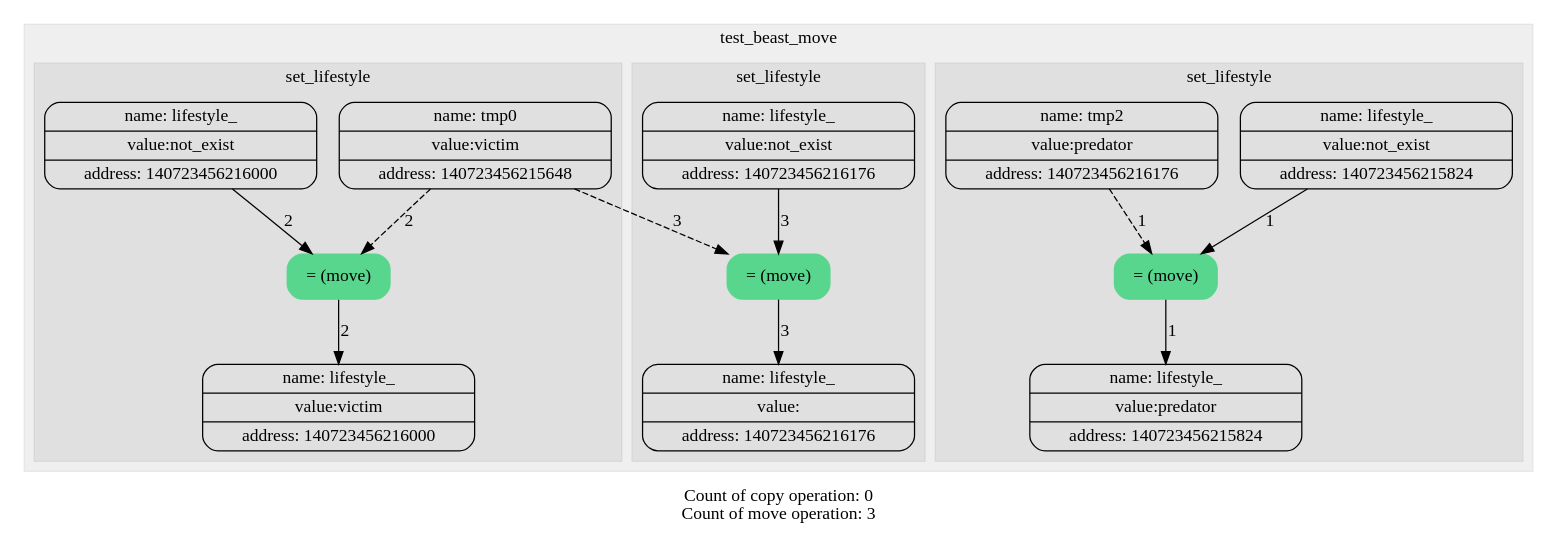
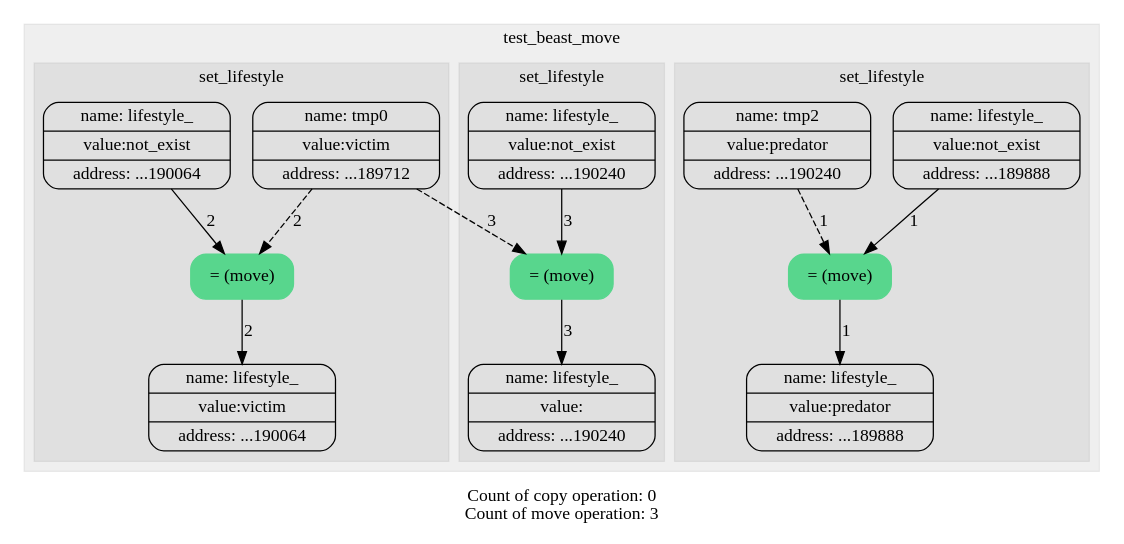
Before and after one commit to levasemin/Move_Semantic: the diagram in experiments/forward_vs_move/dot/graph_beast_move.dot, drawn with Graphviz. The commit also changed 50 other files, not shown here.

```diff
--- a/experiments/forward_vs_move/dot/graph_beast_move.dot
+++ b/experiments/forward_vs_move/dot/graph_beast_move.dot
@@ -1,49 +1,49 @@
 digraph G{
 trankdir=HR;
 node[shape=Mrecord];
 
 subgraph "cluster_0" {
 label = test_beast_move;
 style = filled
 color = "#00000010";
-1[label="{ {name: tmp0} | {value:victim} | {address: 140723456215648}} " color=""style=""fontcolor=""];
-2[label="{ {name: tmp1} | {value:not_exist} | {address: 140723456215824}} " color=""style=""fontcolor=""];
-2[label="{ {name: lifestyle_} | {value:not_exist} | {address: 140723456215824}} " color=""style=""fontcolor=""];
-3[label="{ {name: tmp2} | {value:predator} | {address: 140723456216176}} " color=""style=""fontcolor=""];
+1[label="{ {name: tmp0} | {value:victim} | {address: ...189712}} " color=""style=""fontcolor=""];
+2[label="{ {name: tmp1} | {value:not_exist} | {address: ...189888}} " color=""style=""fontcolor=""];
+2[label="{ {name: lifestyle_} | {value:not_exist} | {address: ...189888}} " color=""style=""fontcolor=""];
+3[label="{ {name: tmp2} | {value:predator} | {address: ...190240}} " color=""style=""fontcolor=""];
 subgraph "cluster_1" {
 label = set_lifestyle;
 style = filled
 color = "#00000010";
 4[label = "= (move)" color = "#58D68D" style = "filled" fontcolor = "" ];
 edge[style = "" color = ""label = "1"fontcolor = ""]2->4;
 edge[style = "dashed" color = ""label = "1"fontcolor = ""]3->4;
-5[label="{ {name: lifestyle_} | {value:predator} | {address: 140723456215824}} " color=""style=""fontcolor=""];
+5[label="{ {name: lifestyle_} | {value:predator} | {address: ...189888}} " color=""style=""fontcolor=""];
 edge[style = "" color = ""label = "1"fontcolor = ""]4->5;
 }
-6[label="{ {name: tmp3} | {value:not_exist} | {address: 140723456216000}} " color=""style=""fontcolor=""];
-6[label="{ {name: lifestyle_} | {value:not_exist} | {address: 140723456216000}} " color=""style=""fontcolor=""];
+6[label="{ {name: tmp3} | {value:not_exist} | {address: ...190064}} " color=""style=""fontcolor=""];
+6[label="{ {name: lifestyle_} | {value:not_exist} | {address: ...190064}} " color=""style=""fontcolor=""];
 subgraph "cluster_2" {
 label = set_lifestyle;
 style = filled
 color = "#00000010";
 7[label = "= (move)" color = "#58D68D" style = "filled" fontcolor = "" ];
 edge[style = "" color = ""label = "2"fontcolor = ""]6->7;
 edge[style = "dashed" color = ""label = "2"fontcolor = ""]1->7;
-8[label="{ {name: lifestyle_} | {value:victim} | {address: 140723456216000}} " color=""style=""fontcolor=""];
+8[label="{ {name: lifestyle_} | {value:victim} | {address: ...190064}} " color=""style=""fontcolor=""];
 edge[style = "" color = ""label = "2"fontcolor = ""]7->8;
 }
-9[label="{ {name: tmp4} | {value:not_exist} | {address: 140723456216176}} " color=""style=""fontcolor=""];
-9[label="{ {name: lifestyle_} | {value:not_exist} | {address: 140723456216176}} " color=""style=""fontcolor=""];
+9[label="{ {name: tmp4} | {value:not_exist} | {address: ...190240}} " color=""style=""fontcolor=""];
+9[label="{ {name: lifestyle_} | {value:not_exist} | {address: ...190240}} " color=""style=""fontcolor=""];
 subgraph "cluster_3" {
 label = set_lifestyle;
 style = filled
 color = "#00000010";
 10[label = "= (move)" color = "#58D68D" style = "filled" fontcolor = "" ];
 edge[style = "" color = ""label = "3"fontcolor = ""]9->10;
 edge[style = "dashed" color = ""label = "3"fontcolor = ""]1->10;
-11[label="{ {name: lifestyle_} | {value:} | {address: 140723456216176}} " color=""style=""fontcolor=""];
+11[label="{ {name: lifestyle_} | {value:} | {address: ...190240}} " color=""style=""fontcolor=""];
 edge[style = "" color = ""label = "3"fontcolor = ""]10->11;
 }
 }
 label="Count of copy operation: 0
 Count of move operation: 3"}
```
